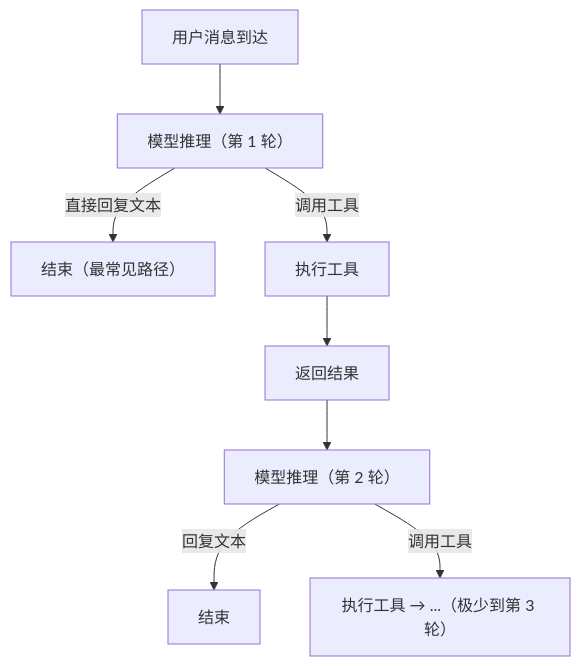
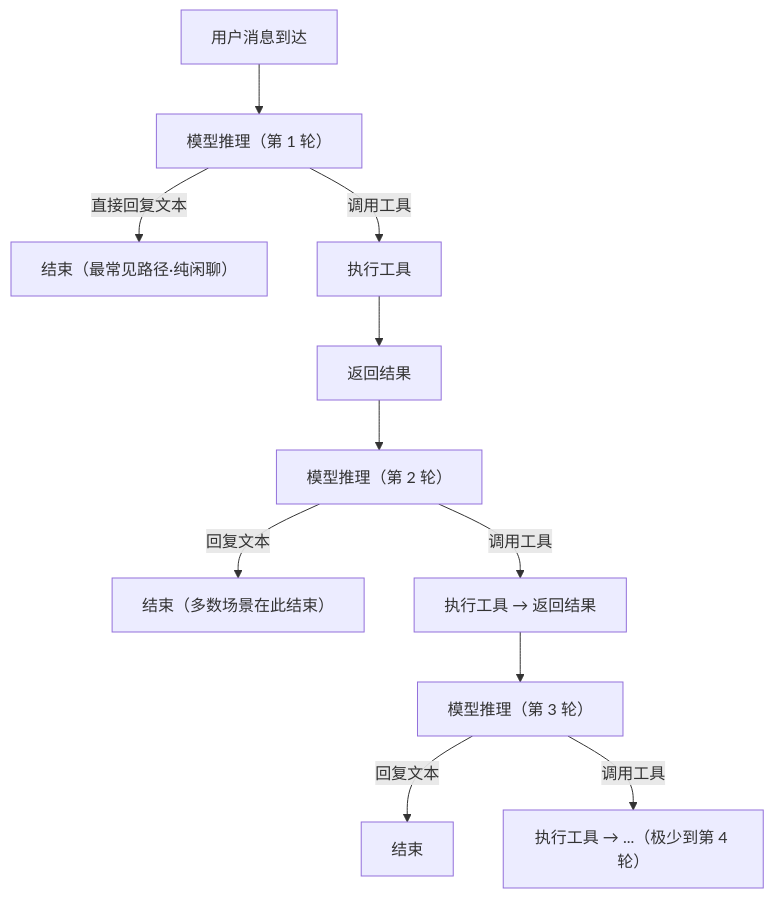
Before and after one commit to Trendolhxh/test: the diagram in isho-agent/05-agent-loop.md, drawn with Mermaid. The commit also changed other lines of this file and 7 other files, not shown here.

Commit message:
docs: restructure agent memory architecture to V3

````diff
--- a/isho-agent/05-agent-loop.md
+++ b/isho-agent/05-agent-loop.md
@@ -23,9 +26,12 @@
 ```mermaid
 flowchart TD
     A["用户消息到达"] --> B["模型推理（第 1 轮）"]
-    B -->|"直接回复文本"| END1["结束（最常见路径）"]
+    B -->|"直接回复文本"| END1["结束（最常见路径·纯闲聊）"]
     B -->|"调用工具"| C["执行工具"] --> D["返回结果"]
     D --> E["模型推理（第 2 轮）"]
-    E -->|"回复文本"| END2["结束"]
-    E -->|"调用工具"| F["执行工具 → ...（极少到第 3 轮）"]
+    E -->|"回复文本"| END2["结束（多数场景在此结束）"]
+    E -->|"调用工具"| F["执行工具 → 返回结果"]
+    F --> G["模型推理（第 3 轮）"]
+    G -->|"回复文本"| END3["结束"]
+    G -->|"调用工具"| H["执行工具 → ...（极少到第 4 轮）"]
 ```
````
